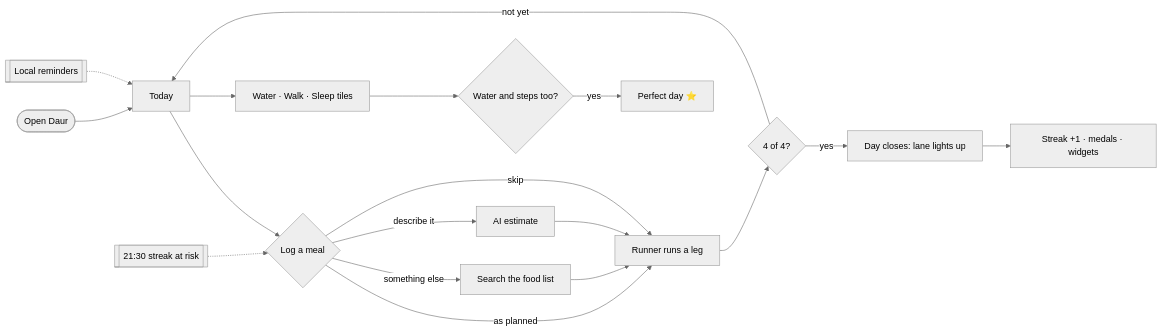
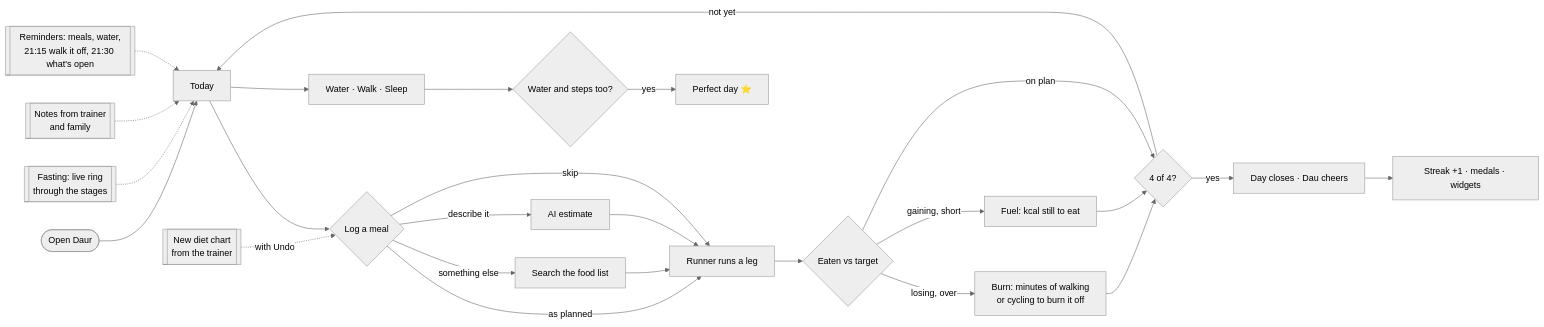
One commit to siraajul/daur changed the second of 9 diagrams in README.md. Above: the diagram before and after it, drawn with Mermaid (neutral theme). The commit also changed other lines of this file and 123 other files, not shown here.

First line of the commit message:
Redesigns, goals, Burn, fasting stages, coaching (trainer + family), Ma's page, Dau (#2)

````diff
--- a/README.md
+++ b/README.md
@@ -85,20 +175,27 @@
 ```mermaid
 flowchart LR
     open([Open Daur]) --> today[Today]
     today --> meal{Log a meal}
     meal -->|as planned| leg[Runner runs a leg]
     meal -->|something else| search[Search the food list]
     meal -->|describe it| ai[AI estimate]
     meal -->|skip| leg
     search --> leg
     ai --> leg
-    leg --> four{4 of 4?}
-    four -->|not yet| today
-    four -->|yes| close[Day closes: lane lights up]
+    leg --> balance{Eaten vs target}
+    balance -->|losing, over| burn[Burn: minutes of walking<br/>or cycling to burn it off]
+    balance -->|gaining, short| fuel[Fuel: kcal still to eat]
+    balance -->|on plan| four
+    burn --> four
+    fuel --> four
+    four{4 of 4?} -->|not yet| today
+    four -->|yes| close[Day closes · Dau cheers]
     close --> streak[Streak +1 · medals · widgets]
-    today --> tiles[Water · Walk · Sleep tiles]
+    today --> tiles[Water · Walk · Sleep]
     tiles --> perfect{Water and steps too?}
     perfect -->|yes| star[Perfect day ⭐]
-    reminders[[Local reminders]] -.-> today
-    risk[[21:30 streak at risk]] -.-> meal
+    fast[[Fasting: live ring<br/>through the stages]] -.-> today
+    chart[[New diet chart<br/>from the trainer]] -.->|with Undo| meal
+    notes[[Notes from trainer<br/>and family]] -.-> today
+    reminders[[Reminders: meals, water,<br/>21:15 walk it off, 21:30 what's open]] -.-> today
 ```
````
